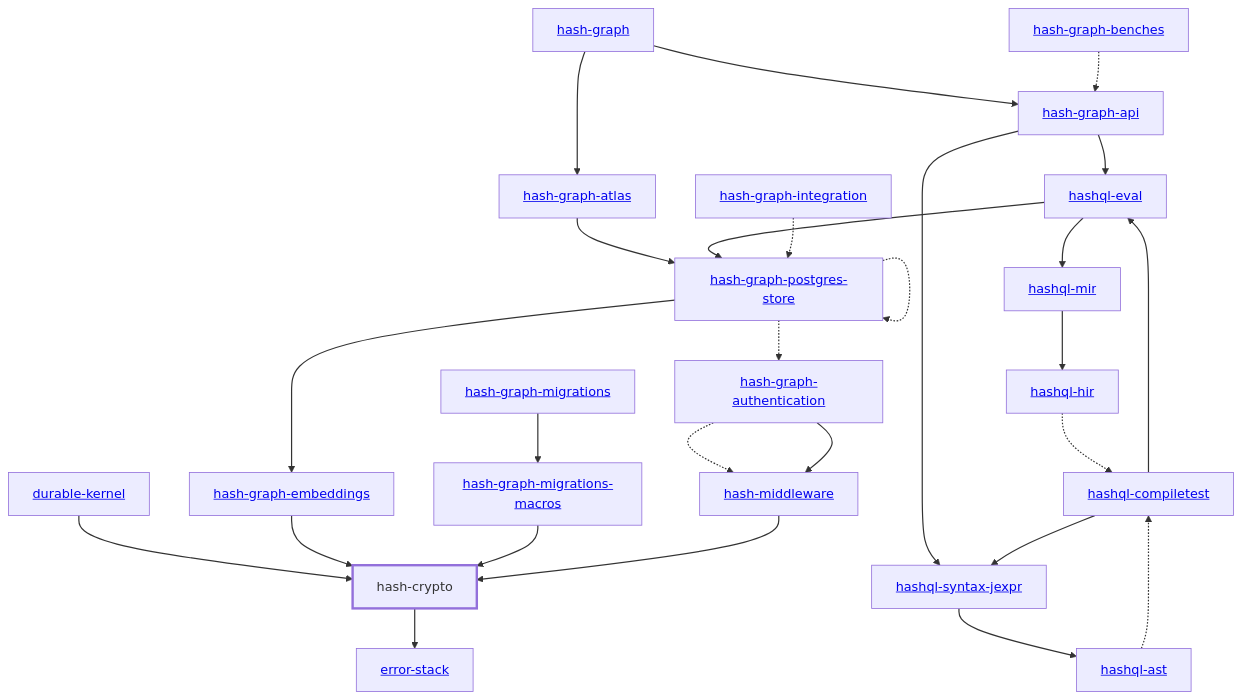
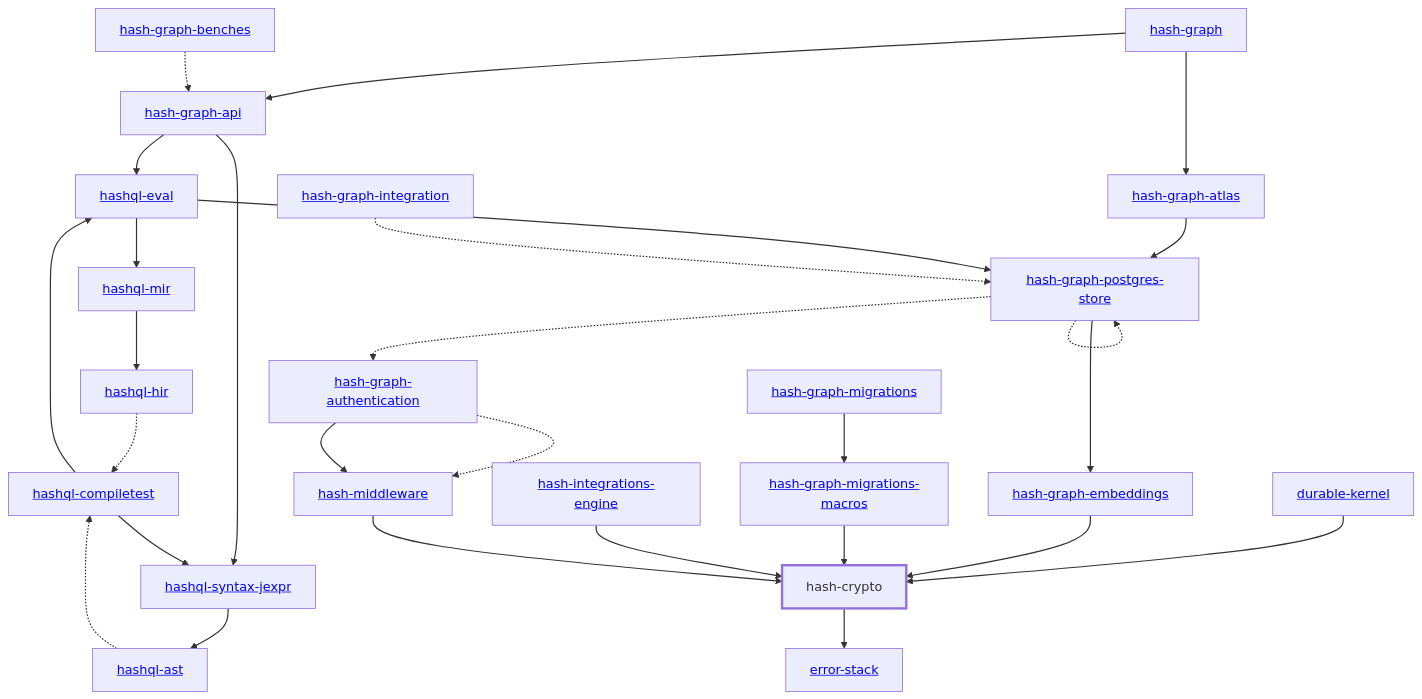
The diagram in libs/@local/crypto/docs/dependency-diagram.mmd (hashintel/hash), drawn with Mermaid before and after one commit. The commit also changed 9 other files, not shown here.

Commit message:
Resolve integration secrets through Graph and Vault

```diff
--- a/libs/@local/crypto/docs/dependency-diagram.mmd
+++ b/libs/@local/crypto/docs/dependency-diagram.mmd
@@ -1,57 +1,59 @@
 graph TD
     linkStyle default stroke-width:1.5px
     classDef default stroke-width:1px
     classDef root stroke-width:3px
     classDef dev stroke-width:1px
     classDef build stroke-width:1px
     %% Legend
     %% --> : Normal dependency
     %% -.-> : Dev dependency
     %% ---> : Build dependency
     0[<a href="../hash_graph/index.html">hash-graph</a>]
     1[hash-crypto]
     class 1 root
     2[<a href="../durable_kernel/index.html">durable-kernel</a>]
     3[<a href="../hash_graph_api/index.html">hash-graph-api</a>]
     4[<a href="../hash_graph_atlas/index.html">hash-graph-atlas</a>]
     5[<a href="../hash_graph_authentication/index.html">hash-graph-authentication</a>]
     6[<a href="../hash_graph_embeddings/index.html">hash-graph-embeddings</a>]
     7[<a href="../hash_graph_migrations/index.html">hash-graph-migrations</a>]
     8[<a href="../hash_graph_migrations_macros/index.html">hash-graph-migrations-macros</a>]
     9[<a href="../hash_graph_postgres_store/index.html">hash-graph-postgres-store</a>]
     10[<a href="../hashql_ast/index.html">hashql-ast</a>]
     11[<a href="../hashql_compiletest/index.html">hashql-compiletest</a>]
     12[<a href="../hashql_eval/index.html">hashql-eval</a>]
     13[<a href="../hashql_hir/index.html">hashql-hir</a>]
     14[<a href="../hashql_mir/index.html">hashql-mir</a>]
     15[<a href="../hashql_syntax_jexpr/index.html">hashql-syntax-jexpr</a>]
-    16[<a href="../hash_middleware/index.html">hash-middleware</a>]
-    17[<a href="../error_stack/index.html">error-stack</a>]
-    18[<a href="../hash_graph_benches/index.html">hash-graph-benches</a>]
-    19[<a href="../hash_graph_integration/index.html">hash-graph-integration</a>]
+    16[<a href="../hash_integrations_engine/index.html">hash-integrations-engine</a>]
+    17[<a href="../hash_middleware/index.html">hash-middleware</a>]
+    18[<a href="../error_stack/index.html">error-stack</a>]
+    19[<a href="../hash_graph_benches/index.html">hash-graph-benches</a>]
+    20[<a href="../hash_graph_integration/index.html">hash-graph-integration</a>]
     0 --> 3
     0 --> 4
-    1 --> 17
+    1 --> 18
     2 --> 1
     3 --> 12
     3 --> 15
     4 --> 9
-    5 -.-> 16
-    5 --> 16
+    5 -.-> 17
+    5 --> 17
     6 --> 1
     7 --> 8
     8 --> 1
     9 -.-> 5
     9 --> 6
     9 -.-> 9
     10 -.-> 11
     11 --> 12
     11 --> 15
     12 --> 9
     12 --> 14
     13 -.-> 11
     14 --> 13
     15 --> 10
     16 --> 1
-    18 -.-> 3
-    19 -.-> 9
+    17 --> 1
+    19 -.-> 3
+    20 -.-> 9
```
